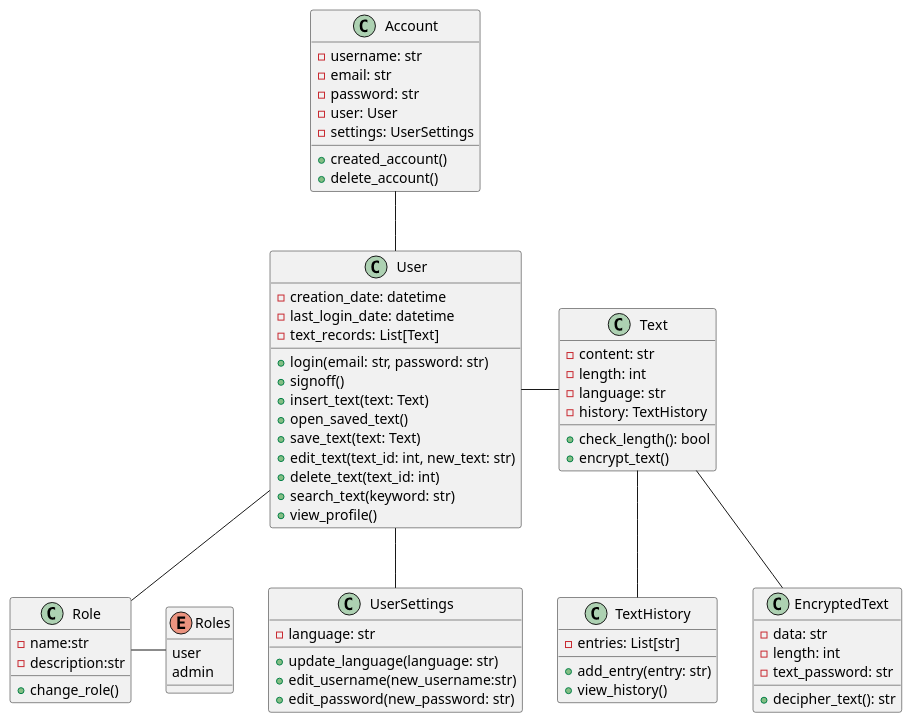
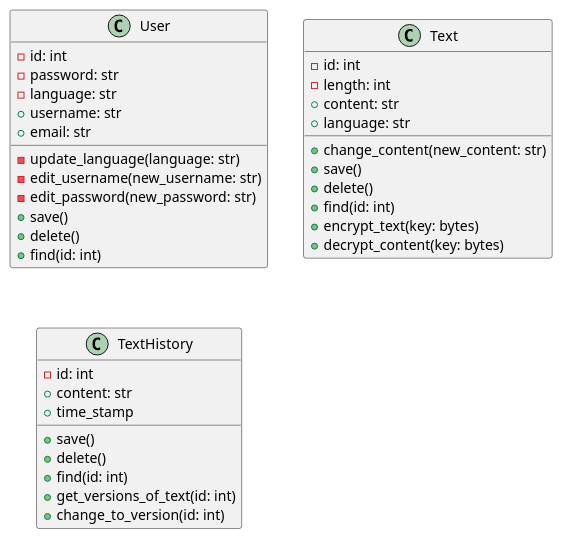
One commit to frangcisneros/cifrador-personal changed the diagram in docs/diagrama.puml. Above: the diagram before and after it, drawn with PlantUML. The commit also changed 5 other files, not shown here.

Commit message:
added diagrams and delete some methods

```diff
--- a/docs/diagrama.puml
+++ b/docs/diagrama.puml
@@ -1,67 +1,40 @@
 @startuml ClassDiagram
-class Account{
-    -username: str
-    -email: str
-    -password: str
-    -user: User
-    -settings: UserSettings
-    +created_account()
-    +delete_account()
-}
 class User{
-    -creation_date: datetime
-    -last_login_date: datetime
-    -text_records: List[Text]
-    +login(email: str, password: str)
-    +signoff()
-    +insert_text(text: Text)
-    +open_saved_text()
-    +save_text(text: Text)
-    +edit_text(text_id: int, new_text: str)
-    +delete_text(text_id: int)
-    +search_text(keyword: str)
-    +view_profile()
-}
-class UserSettings{
-    -language: str
-    +update_language(language: str)
-    +edit_username(new_username:str)
-    +edit_password(new_password: str)
-}
-class Role{
-    -name:str
-    -description:str
-    +change_role()
-}
-enum Roles{
-    user
-    admin
-}
-class Text{
-    -content: str
-    -length: int
-    -language: str
-    -history: TextHistory
-    +check_length(): bool
-    +encrypt_text()
-}
-class TextHistory{
-    -entries: List[str]
-    +add_entry(entry: str)
-    +view_history()
-}
-class EncryptedText{
-    -data: str
-    -length: int
-    -text_password: str
-    +decipher_text(): str
+    - id: int
+    ' ? ¿Esto es str?
+    - password: str
+    - language: str
+    + username: str
+    + email: str
+    - update_language(language: str)
+    - edit_username(new_username: str)
+    - edit_password(new_password: str)
+    + save()
+    + delete()
+    + find(id: int)
 }
 
-User -- Role
-Role - Roles
-Text -- EncryptedText
-Account-- User
-User -- UserSettings
-User - Text
-Text -- TextHistory
+class Text{
+    - id: int
+    - length: int
+    + content: str
+    + language: str
+    + change_content(new_content: str)
+    + save()
+    + delete()
+    + find(id: int)
+    + encrypt_text(key: bytes)
+    + decrypt_content(key: bytes)
+}
+
+class TextHistory{
+    - id: int
+    + content: str
+    + time_stamp
+    + save()
+    + delete()
+    + find(id: int)
+    + get_versions_of_text(id: int)
+    + change_to_version(id: int)
+}
 @enduml
```
